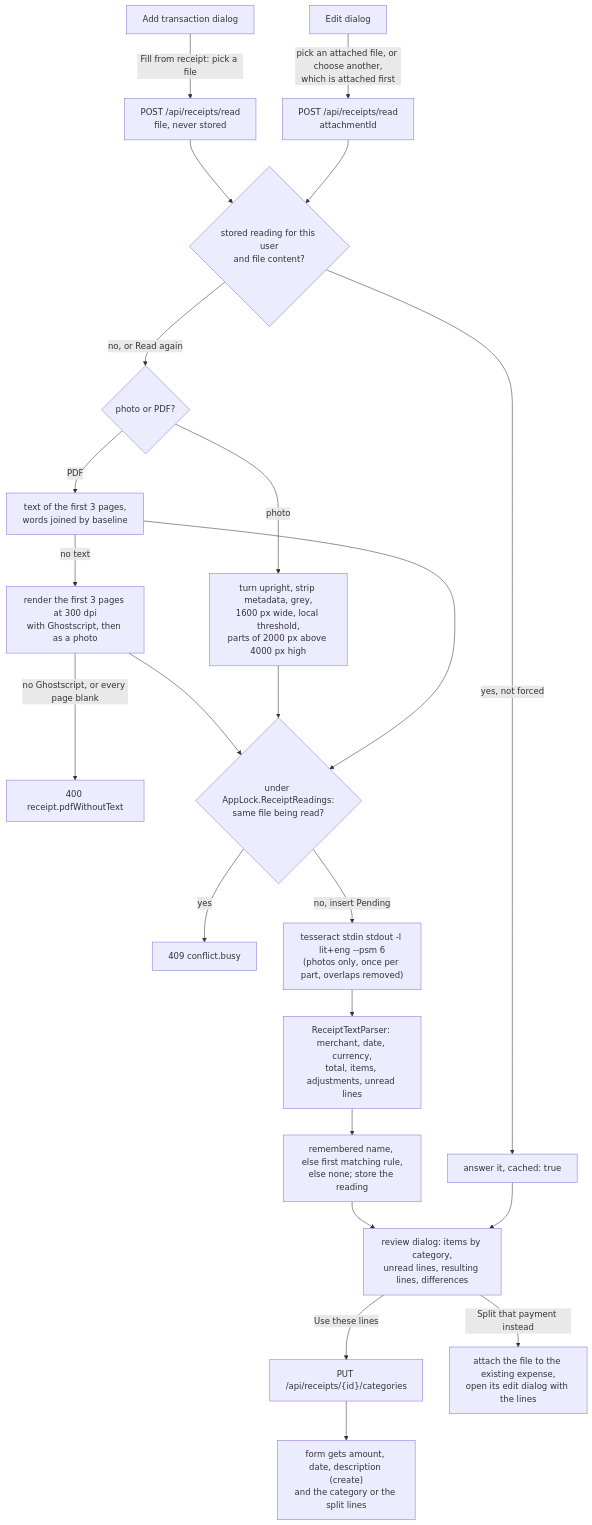
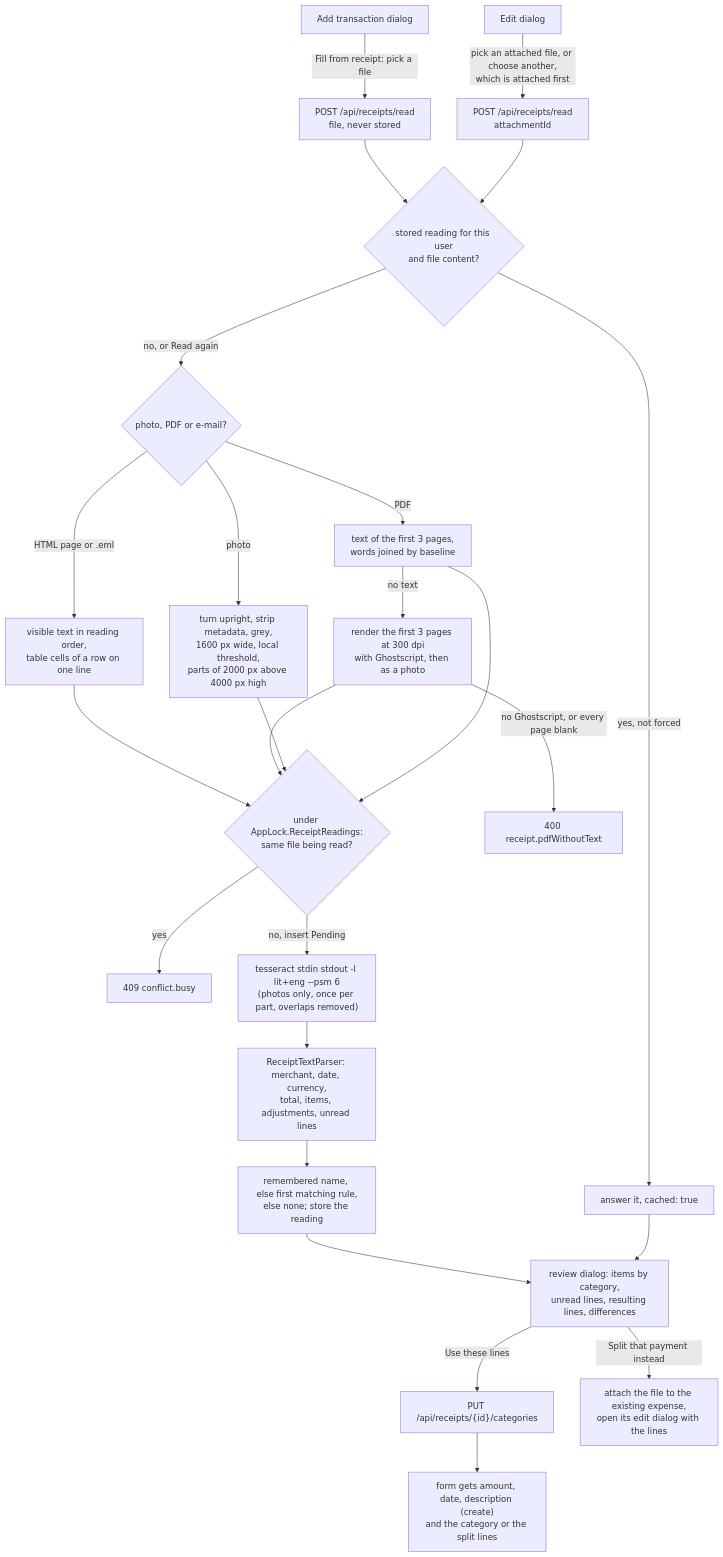
The diagram in docs/features/receipt-reading.md (Justxs/Jx-Finance), drawn with Mermaid before and after one commit. The commit also changed other lines of this file and 18 other files, not shown here.

Commit message:
feat(receipts): read HTML and e-mail receipts

````diff
--- a/docs/features/receipt-reading.md
+++ b/docs/features/receipt-reading.md
@@ -19,25 +19,27 @@
 ```mermaid
 flowchart TD
     Create["Add transaction dialog"] -->|"Fill from receipt: pick a file"| Upload["POST /api/receipts/read<br/>file, never stored"]
     Edit["Edit dialog"] -->|"pick an attached file, or choose another,<br/>which is attached first"| Attached["POST /api/receipts/read<br/>attachmentId"]
     Upload --> Service
     Attached --> Service
     Service{"stored reading for this user<br/>and file content?"} -->|"yes, not forced"| Cached["answer it, cached: true"]
-    Service -->|"no, or Read again"| Prepare{"photo or PDF?"}
+    Service -->|"no, or Read again"| Prepare{"photo, PDF or e-mail?"}
+    Prepare -->|"HTML page or .eml"| Document["visible text in reading order,<br/>table cells of a row on one line"]
+    Document --> Busy
     Prepare -->|"photo"| Image["turn upright, strip metadata, grey,<br/>1600 px wide, local threshold,<br/>parts of 2000 px above 4000 px high"]
     Prepare -->|"PDF"| Text["text of the first 3 pages,<br/>words joined by baseline"]
     Text -->|"no text"| Render["render the first 3 pages at 300 dpi<br/>with Ghostscript, then as a photo"]
     Render -->|"no Ghostscript, or every page blank"| NoText["400 receipt.pdfWithoutText"]
     Render --> Busy
     Image --> Busy{"under AppLock.ReceiptReadings:<br/>same file being read?"}
     Text --> Busy
     Busy -->|"yes"| Conflict["409 conflict.busy"]
     Busy -->|"no, insert Pending"| Ocr["tesseract stdin stdout -l lit+eng --psm 6<br/>(photos only, once per part, overlaps removed)"]
     Ocr --> Parse["ReceiptTextParser: merchant, date, currency,<br/>total, items, adjustments, unread lines"]
     Parse --> Categories["remembered name, else first matching rule,<br/>else none; store the reading"]
     Categories --> Review["review dialog: items by category,<br/>unread lines, resulting lines, differences"]
     Cached --> Review
     Review -->|"Use these lines"| Learn["PUT /api/receipts/{id}/categories"]
     Learn --> Form["form gets amount, date, description (create)<br/>and the category or the split lines"]
     Review -->|"Split that payment instead"| Candidate["attach the file to the existing expense,<br/>open its edit dialog with the lines"]
 ```
````
